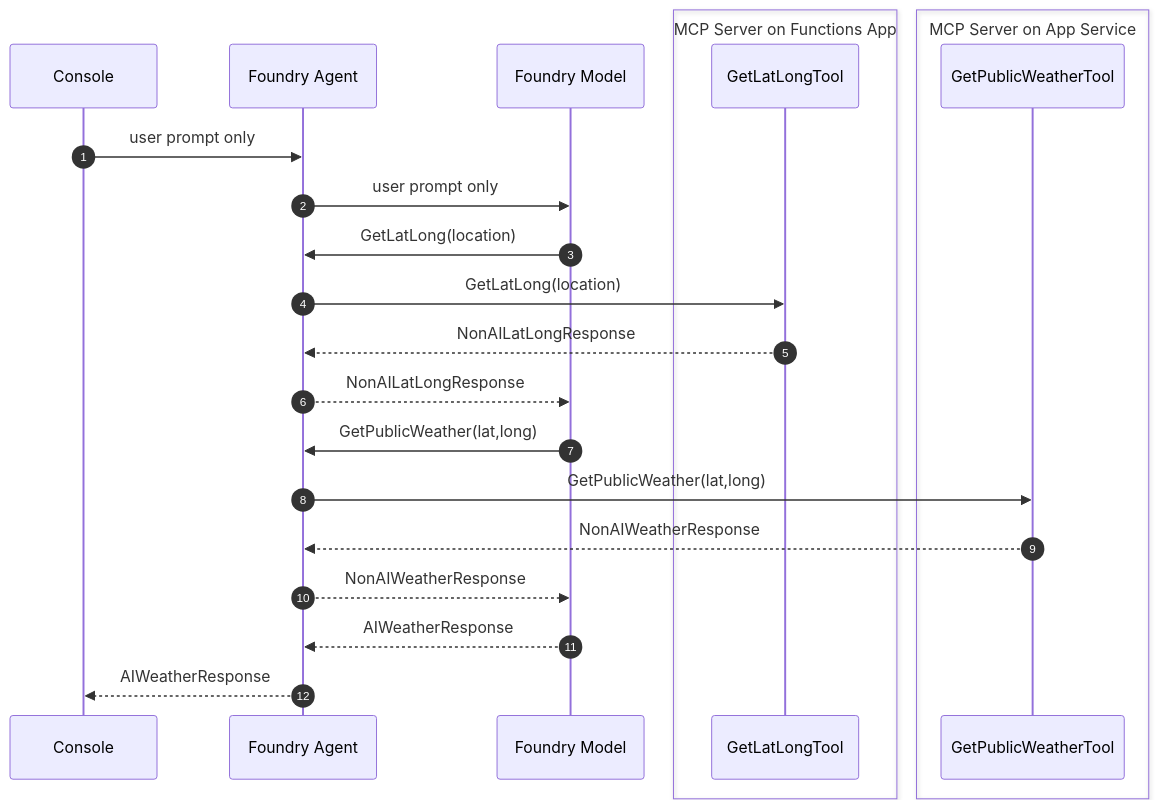
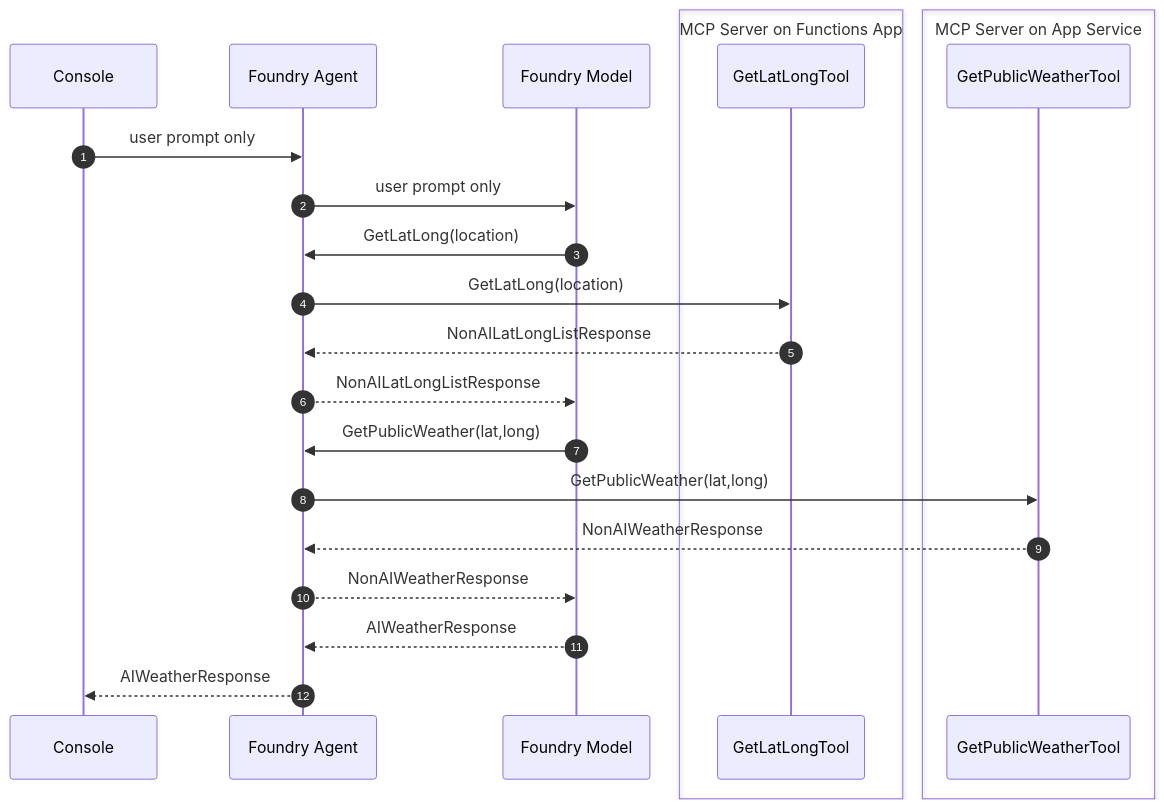
One commit to dustinkorzaan/weather-1116 changed the eighth of 8 diagrams in docs/4-demystifying-foundry-agents-mcp/demystifying-foundry-agents-mcp.md. Above: the diagram before and after it, drawn with Mermaid. The commit also changed other lines of this file and 18 other files, not shown here.

First line of the commit message:
Return ranked top-N geocoding matches from GetLatLongData (#163)

````diff
--- a/docs/4-demystifying-foundry-agents-mcp/demystifying-foundry-agents-mcp.md
+++ b/docs/4-demystifying-foundry-agents-mcp/demystifying-foundry-agents-mcp.md
@@ -218,26 +218,26 @@
   ```mermaid
   sequenceDiagram
       autonumber
       participant Console
       participant Agent as Foundry Agent
       participant Model as Foundry Model
       box MCP Server on Functions App
           participant GetLatLongTool
       end
       box MCP Server on App Service
           participant GetPublicWeatherTool
       end
 
       Console->>Agent: user prompt only
       Agent->>Model: user prompt only
       Model->>Agent: GetLatLong(location)
       Agent->>GetLatLongTool: GetLatLong(location)
-      GetLatLongTool-->>Agent: NonAILatLongResponse
-      Agent-->>Model: NonAILatLongResponse
+      GetLatLongTool-->>Agent: NonAILatLongListResponse
+      Agent-->>Model: NonAILatLongListResponse
       Model->>Agent: GetPublicWeather(lat,long)
       Agent->>GetPublicWeatherTool: GetPublicWeather(lat,long)
       GetPublicWeatherTool-->>Agent: NonAIWeatherResponse
       Agent-->>Model: NonAIWeatherResponse
       Model-->>Agent: AIWeatherResponse
       Agent-->>Console: AIWeatherResponse
   ```
````
